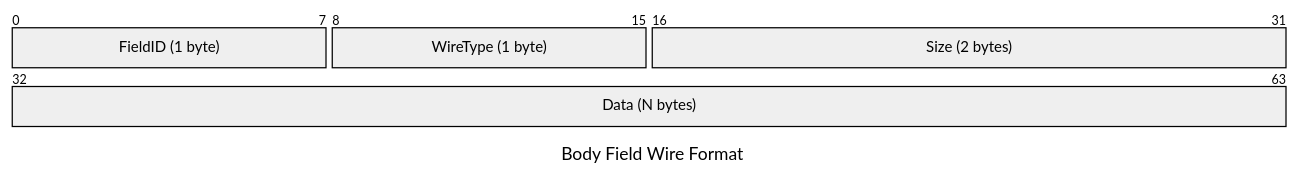
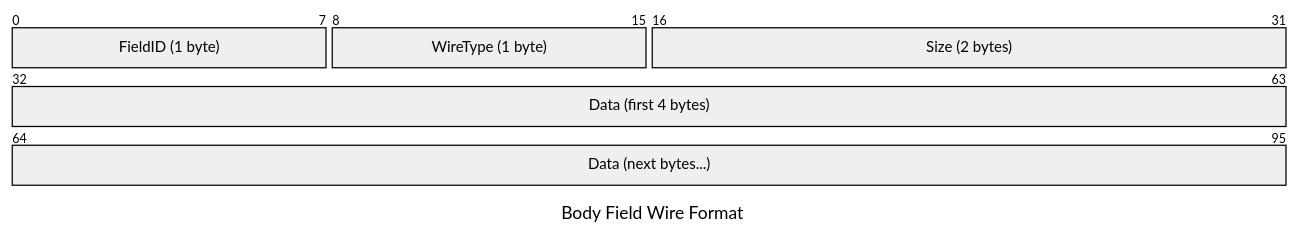
Before and after one commit to MIKTHATGUY/protocollo-banc: the fourth of 6 diagrams in README.md, drawn with Mermaid. The commit also changed other lines of this file and 1 other file, not shown here.

````diff
--- a/README.md
+++ b/README.md
@@ -70,8 +88,9 @@
 ```mermaid
 packet-beta
 title Body Field Wire Format
 0-7: "FieldID (1 byte)"
 8-15: "WireType (1 byte)"
 16-31: "Size (2 bytes)"
-32-63: "Data (N bytes)"
+32-63: "Data (first 4 bytes)"
+64-95: "Data (next bytes...)"
 ```
````
